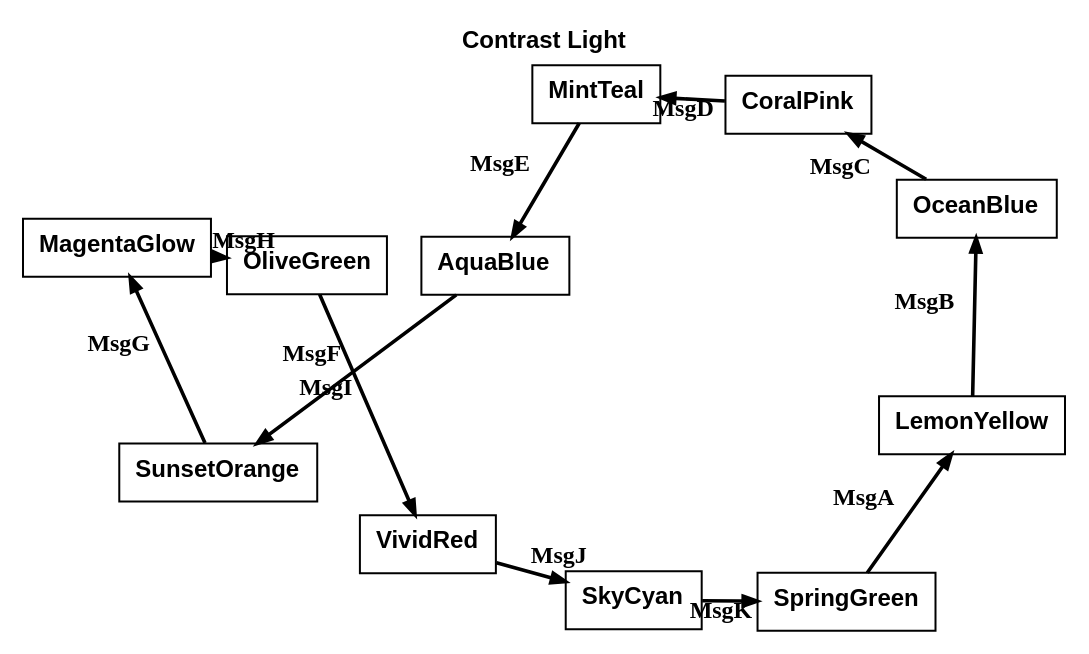
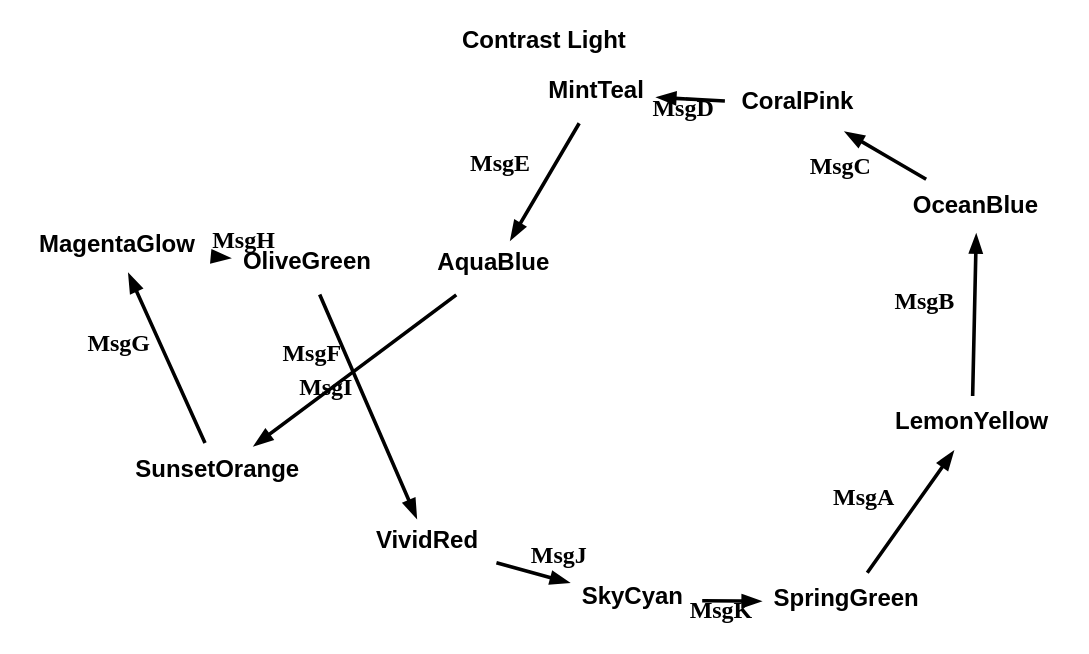
Before and after one commit to m-bock/purescript-transit: the diagram in renders/themes/contrast-light.dot, drawn with Graphviz. The commit also changed 33 other files, not shown here.

Commit message:
Update Graphviz rendering

```diff
--- a/renders/themes/contrast-light.dot
+++ b/renders/themes/contrast-light.dot
@@ -1,27 +1,27 @@
 digraph 
 {
 rankdir = "TD";fontname = "Arial";labelloc = "t";fontsize = 12.0;bgcolor = "#00000000";color = "#000000";fontcolor = "#000000";label = <<b>Contrast Light</b>>
 graph [layout=sfdp;overlap=false, K=2.5, repulsiveforce=4, splines=true];
-SpringGreen [shape = "box", label = <<b>SpringGreen</b>>, fontsize = 12.0, style = "filled", fillcolor = "#ffffff", fontcolor = "#000000", color = "#000000", fontname = "Arial", labelloc = "c", penwidth = 1.0, height = 0.4]
+SpringGreen [shape = "box", label = <<b>SpringGreen</b>>, fontsize = 12.0, style = "filled", fillcolor = "#ffffff", fontcolor = "#000000", color = "#000000", fontname = "Arial", labelloc = "c", penwidth = 0.0, height = 0.4]
 SpringGreen -> LemonYellow [color = "#000000", fontcolor = "#000000", fontsize = 12.0, arrowsize = "0.7", label = <<b>MsgA</b>>, penwidth = 1.8]
-LemonYellow [shape = "box", label = <<b>LemonYellow</b>>, fontsize = 12.0, style = "filled", fillcolor = "#ffffff", fontcolor = "#000000", color = "#000000", fontname = "Arial", labelloc = "c", penwidth = 1.0, height = 0.4]
+LemonYellow [shape = "box", label = <<b>LemonYellow</b>>, fontsize = 12.0, style = "filled", fillcolor = "#ffffff", fontcolor = "#000000", color = "#000000", fontname = "Arial", labelloc = "c", penwidth = 0.0, height = 0.4]
 LemonYellow -> OceanBlue [color = "#000000", fontcolor = "#000000", fontsize = 12.0, arrowsize = "0.7", label = <<b>MsgB</b>>, penwidth = 1.8]
-OceanBlue [shape = "box", label = <<b>OceanBlue</b>>, fontsize = 12.0, style = "filled", fillcolor = "#ffffff", fontcolor = "#000000", color = "#000000", fontname = "Arial", labelloc = "c", penwidth = 1.0, height = 0.4]
+OceanBlue [shape = "box", label = <<b>OceanBlue</b>>, fontsize = 12.0, style = "filled", fillcolor = "#ffffff", fontcolor = "#000000", color = "#000000", fontname = "Arial", labelloc = "c", penwidth = 0.0, height = 0.4]
 OceanBlue -> CoralPink [color = "#000000", fontcolor = "#000000", fontsize = 12.0, arrowsize = "0.7", label = <<b>MsgC</b>>, penwidth = 1.8]
-CoralPink [shape = "box", label = <<b>CoralPink</b>>, fontsize = 12.0, style = "filled", fillcolor = "#ffffff", fontcolor = "#000000", color = "#000000", fontname = "Arial", labelloc = "c", penwidth = 1.0, height = 0.4]
+CoralPink [shape = "box", label = <<b>CoralPink</b>>, fontsize = 12.0, style = "filled", fillcolor = "#ffffff", fontcolor = "#000000", color = "#000000", fontname = "Arial", labelloc = "c", penwidth = 0.0, height = 0.4]
 CoralPink -> MintTeal [color = "#000000", fontcolor = "#000000", fontsize = 12.0, arrowsize = "0.7", label = <<b>MsgD</b>>, penwidth = 1.8]
-MintTeal [shape = "box", label = <<b>MintTeal</b>>, fontsize = 12.0, style = "filled", fillcolor = "#ffffff", fontcolor = "#000000", color = "#000000", fontname = "Arial", labelloc = "c", penwidth = 1.0, height = 0.4]
+MintTeal [shape = "box", label = <<b>MintTeal</b>>, fontsize = 12.0, style = "filled", fillcolor = "#ffffff", fontcolor = "#000000", color = "#000000", fontname = "Arial", labelloc = "c", penwidth = 0.0, height = 0.4]
 MintTeal -> AquaBlue [color = "#000000", fontcolor = "#000000", fontsize = 12.0, arrowsize = "0.7", label = <<b>MsgE</b>>, penwidth = 1.8]
-AquaBlue [shape = "box", label = <<b>AquaBlue</b>>, fontsize = 12.0, style = "filled", fillcolor = "#ffffff", fontcolor = "#000000", color = "#000000", fontname = "Arial", labelloc = "c", penwidth = 1.0, height = 0.4]
+AquaBlue [shape = "box", label = <<b>AquaBlue</b>>, fontsize = 12.0, style = "filled", fillcolor = "#ffffff", fontcolor = "#000000", color = "#000000", fontname = "Arial", labelloc = "c", penwidth = 0.0, height = 0.4]
 AquaBlue -> SunsetOrange [color = "#000000", fontcolor = "#000000", fontsize = 12.0, arrowsize = "0.7", label = <<b>MsgF</b>>, penwidth = 1.8]
-SunsetOrange [shape = "box", label = <<b>SunsetOrange</b>>, fontsize = 12.0, style = "filled", fillcolor = "#ffffff", fontcolor = "#000000", color = "#000000", fontname = "Arial", labelloc = "c", penwidth = 1.0, height = 0.4]
+SunsetOrange [shape = "box", label = <<b>SunsetOrange</b>>, fontsize = 12.0, style = "filled", fillcolor = "#ffffff", fontcolor = "#000000", color = "#000000", fontname = "Arial", labelloc = "c", penwidth = 0.0, height = 0.4]
 SunsetOrange -> MagentaGlow [color = "#000000", fontcolor = "#000000", fontsize = 12.0, arrowsize = "0.7", label = <<b>MsgG</b>>, penwidth = 1.8]
-MagentaGlow [shape = "box", label = <<b>MagentaGlow</b>>, fontsize = 12.0, style = "filled", fillcolor = "#ffffff", fontcolor = "#000000", color = "#000000", fontname = "Arial", labelloc = "c", penwidth = 1.0, height = 0.4]
+MagentaGlow [shape = "box", label = <<b>MagentaGlow</b>>, fontsize = 12.0, style = "filled", fillcolor = "#ffffff", fontcolor = "#000000", color = "#000000", fontname = "Arial", labelloc = "c", penwidth = 0.0, height = 0.4]
 MagentaGlow -> OliveGreen [color = "#000000", fontcolor = "#000000", fontsize = 12.0, arrowsize = "0.7", label = <<b>MsgH</b>>, penwidth = 1.8]
-OliveGreen [shape = "box", label = <<b>OliveGreen</b>>, fontsize = 12.0, style = "filled", fillcolor = "#ffffff", fontcolor = "#000000", color = "#000000", fontname = "Arial", labelloc = "c", penwidth = 1.0, height = 0.4]
+OliveGreen [shape = "box", label = <<b>OliveGreen</b>>, fontsize = 12.0, style = "filled", fillcolor = "#ffffff", fontcolor = "#000000", color = "#000000", fontname = "Arial", labelloc = "c", penwidth = 0.0, height = 0.4]
 OliveGreen -> VividRed [color = "#000000", fontcolor = "#000000", fontsize = 12.0, arrowsize = "0.7", label = <<b>MsgI</b>>, penwidth = 1.8]
-VividRed [shape = "box", label = <<b>VividRed</b>>, fontsize = 12.0, style = "filled", fillcolor = "#ffffff", fontcolor = "#000000", color = "#000000", fontname = "Arial", labelloc = "c", penwidth = 1.0, height = 0.4]
+VividRed [shape = "box", label = <<b>VividRed</b>>, fontsize = 12.0, style = "filled", fillcolor = "#ffffff", fontcolor = "#000000", color = "#000000", fontname = "Arial", labelloc = "c", penwidth = 0.0, height = 0.4]
 VividRed -> SkyCyan [color = "#000000", fontcolor = "#000000", fontsize = 12.0, arrowsize = "0.7", label = <<b>MsgJ</b>>, penwidth = 1.8]
-SkyCyan [shape = "box", label = <<b>SkyCyan</b>>, fontsize = 12.0, style = "filled", fillcolor = "#ffffff", fontcolor = "#000000", color = "#000000", fontname = "Arial", labelloc = "c", penwidth = 1.0, height = 0.4]
+SkyCyan [shape = "box", label = <<b>SkyCyan</b>>, fontsize = 12.0, style = "filled", fillcolor = "#ffffff", fontcolor = "#000000", color = "#000000", fontname = "Arial", labelloc = "c", penwidth = 0.0, height = 0.4]
 SkyCyan -> SpringGreen [color = "#000000", fontcolor = "#000000", fontsize = 12.0, arrowsize = "0.7", label = <<b>MsgK</b>>, penwidth = 1.8]
 }
```
